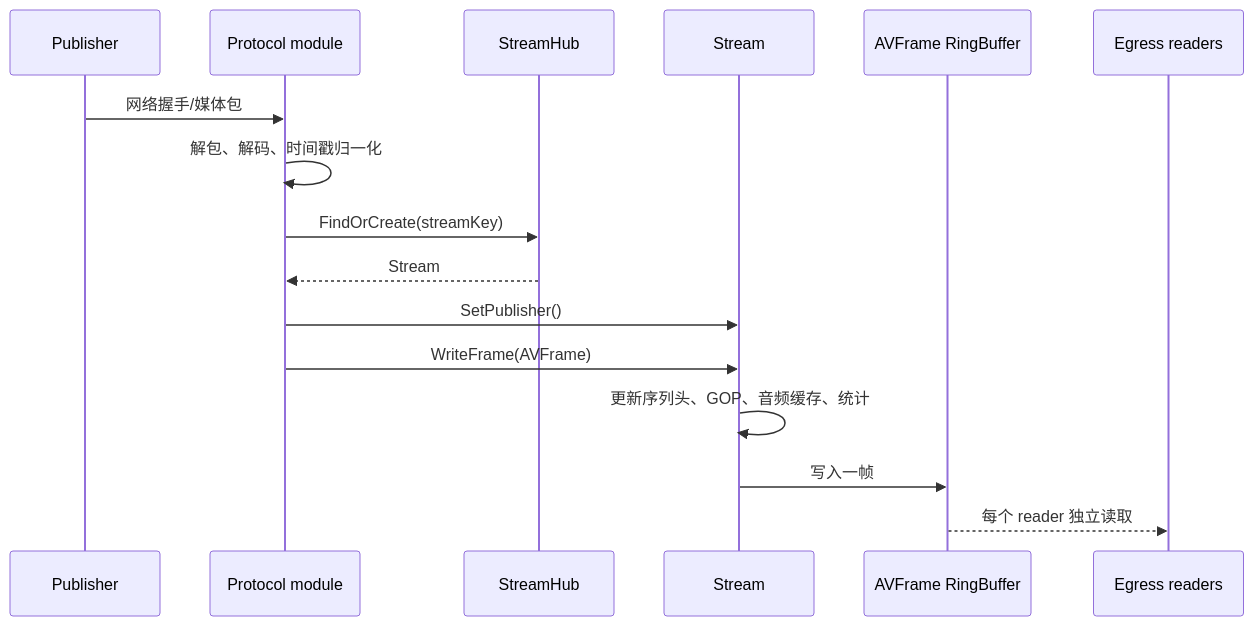
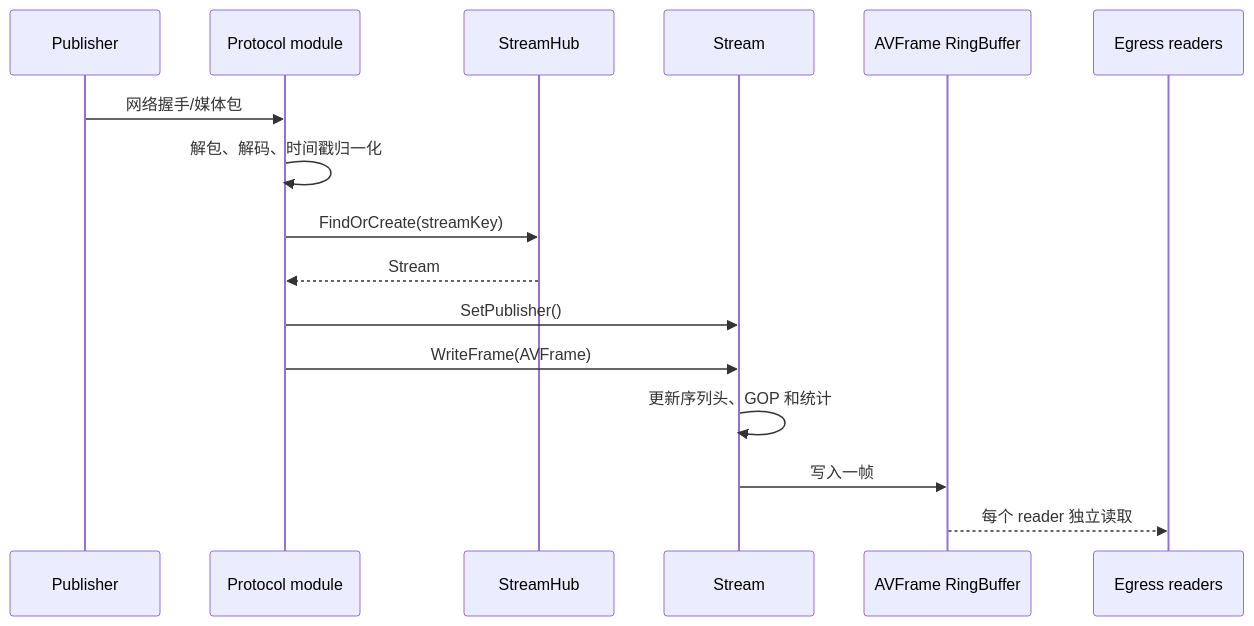
The second of 5 diagrams in docs/architecture.zh-CN.md (im-pingo/liveforge), drawn with Mermaid before and after one commit. The commit also changed other lines of this file and 13 other files, not shown here.

````diff
--- a/docs/architecture.zh-CN.md
+++ b/docs/architecture.zh-CN.md
@@ -119,19 +119,19 @@
 ```mermaid
 sequenceDiagram
     participant Pub as Publisher
     participant Proto as Protocol module
     participant Hub as StreamHub
     participant S as Stream
     participant RB as AVFrame RingBuffer
     participant E as Egress readers
 
     Pub->>Proto: 网络握手/媒体包
     Proto->>Proto: 解包、解码、时间戳归一化
     Proto->>Hub: FindOrCreate(streamKey)
     Hub-->>Proto: Stream
     Proto->>S: SetPublisher()
     Proto->>S: WriteFrame(AVFrame)
-    S->>S: 更新序列头、GOP、音频缓存、统计
+    S->>S: 更新序列头、GOP 和统计
     S->>RB: 写入一帧
     RB-->>E: 每个 reader 独立读取
 ```
````
